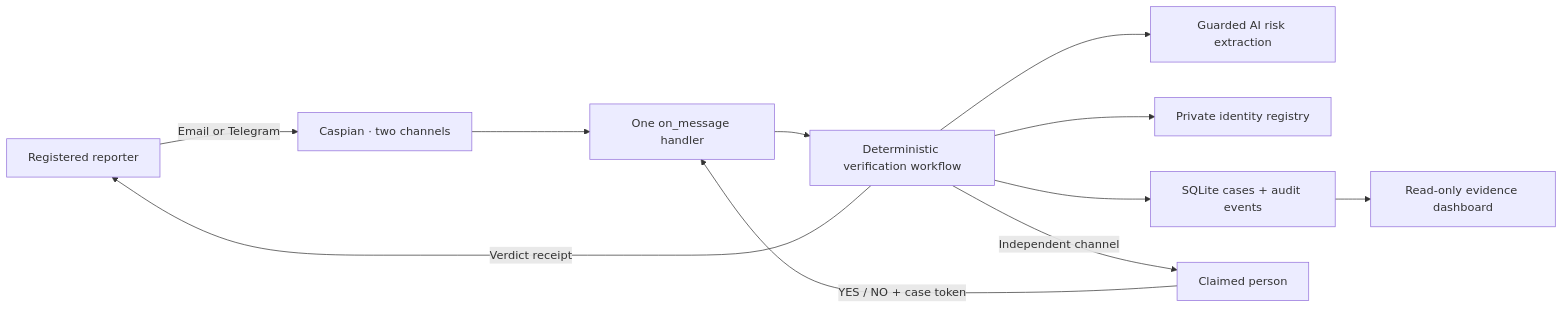
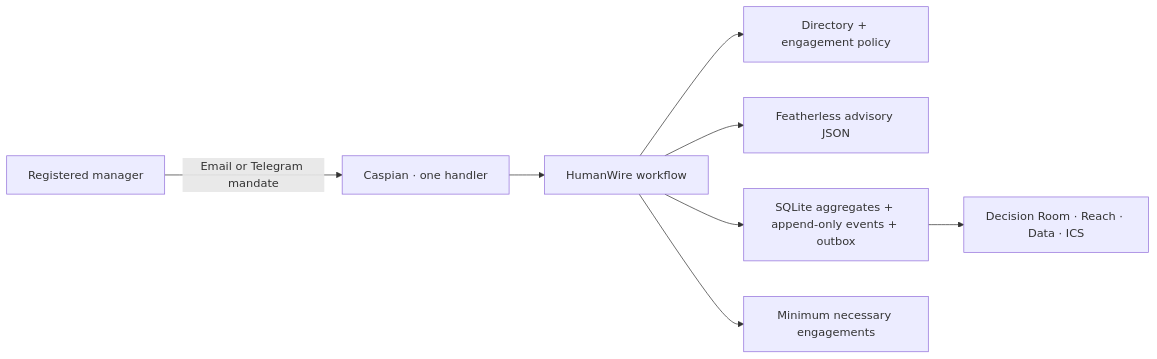
One commit to marker2601/humanwire-agent-council changed the diagram in README.md. Above: the diagram before and after it, drawn with Mermaid. The commit also changed other lines of this file and 50 other files, not shown here.

Commit message:
feat: launch HumanWire

````diff
--- a/README.md
+++ b/README.md
@@ -42,13 +46,10 @@
 ```mermaid
 flowchart LR
-    Reporter["Registered reporter"] -->|"Email or Telegram"| Caspian["Caspian · two channels"]
-    Caspian --> Handler["One on_message handler"]
-    Handler --> Workflow["Deterministic verification workflow"]
-    Workflow --> Risk["Guarded AI risk extraction"]
-    Workflow --> Registry["Private identity registry"]
-    Workflow --> Store["SQLite cases + audit events"]
-    Workflow -->|"Independent channel"| Person["Claimed person"]
-    Person -->|"YES / NO + case token"| Handler
-    Workflow -->|"Verdict receipt"| Reporter
-    Store --> Dashboard["Read-only evidence dashboard"]
+    Manager["Registered manager"] -->|"Email or Telegram mandate"| Caspian["Caspian · one handler"]
+    Caspian --> Workflow["HumanWire workflow"]
+    Workflow --> Policy["Directory + engagement policy"]
+    Workflow --> Models["Featherless advisory JSON"]
+    Workflow --> Store["SQLite aggregates + append-only events + outbox"]
+    Workflow --> People["Minimum necessary engagements"]
+    Store --> Views["Decision Room · Reach · Data · ICS"]
 ```
````
